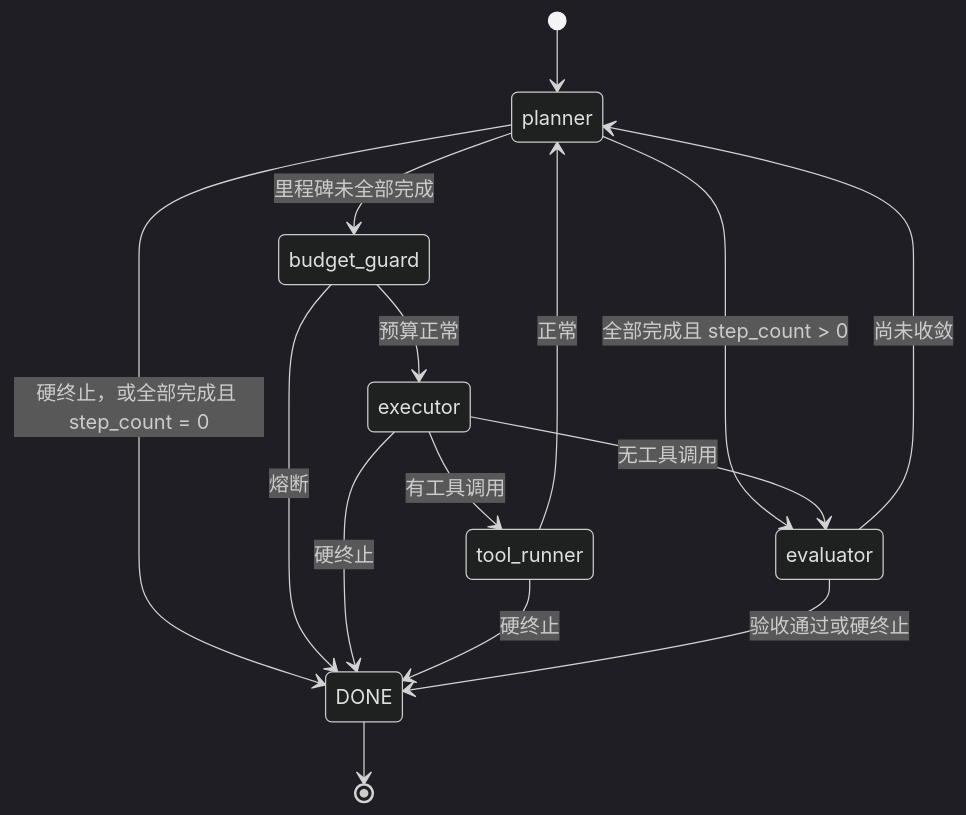
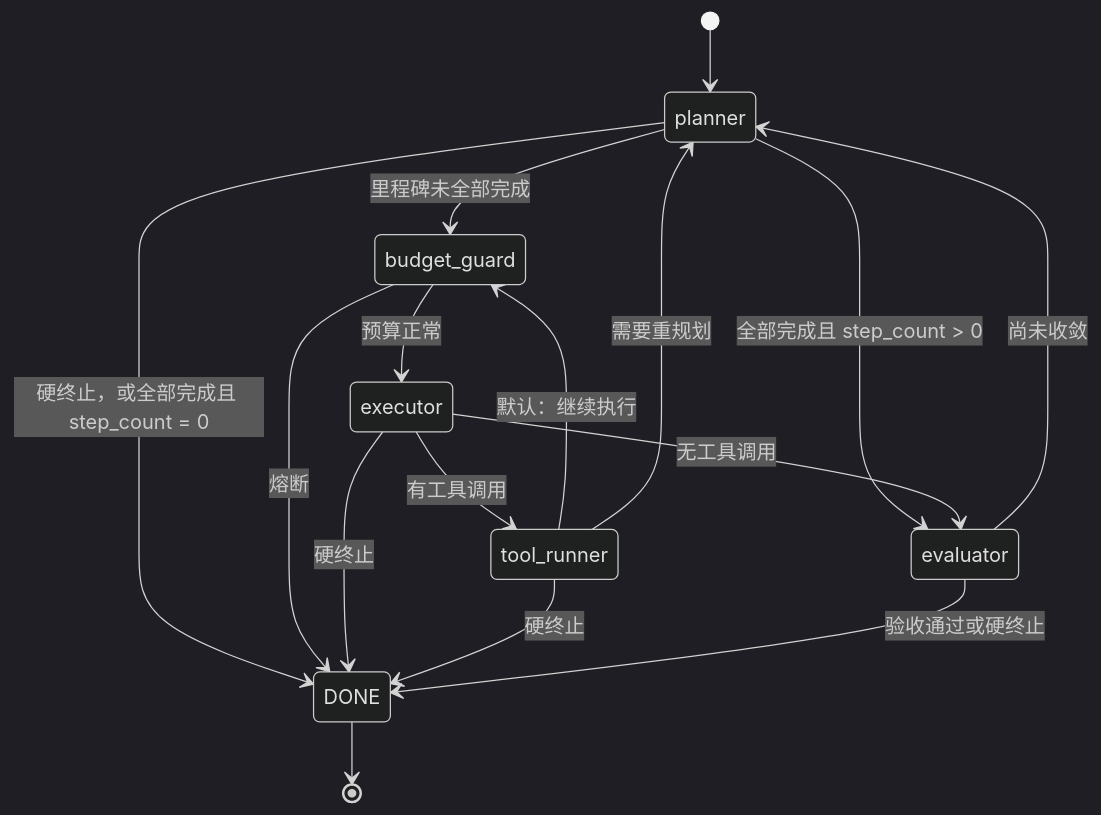
The diagram in docs/02_runtime/02_main_loop.md (MakinoharaShokosans/BaseAgent), drawn with Mermaid (dark theme) before and after one commit. The commit also changed other lines of this file and 24 other files, not shown here.

````diff
--- a/docs/02_runtime/02_main_loop.md
+++ b/docs/02_runtime/02_main_loop.md
@@ -25,17 +25,18 @@
 ```mermaid
 stateDiagram-v2
     [*] --> planner
     planner --> budget_guard: 里程碑未全部完成
     planner --> evaluator: 全部完成且 step_count > 0
     planner --> DONE: 硬终止，或全部完成且 step_count = 0
     budget_guard --> executor: 预算正常
     budget_guard --> DONE: 熔断
     executor --> tool_runner: 有工具调用
     executor --> evaluator: 无工具调用
     executor --> DONE: 硬终止
-    tool_runner --> planner: 正常
+    tool_runner --> budget_guard: 默认：继续执行
+    tool_runner --> planner: 需要重规划
     tool_runner --> DONE: 硬终止
     evaluator --> planner: 尚未收敛
     evaluator --> DONE: 验收通过或硬终止
     DONE --> [*]
 ```
````
